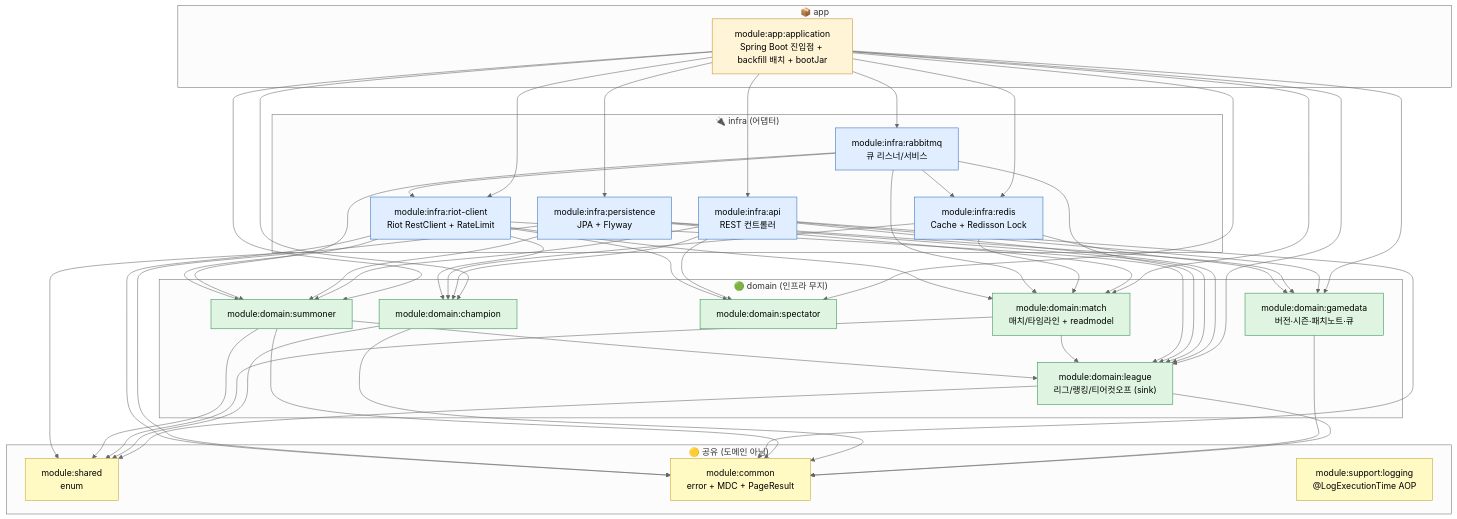
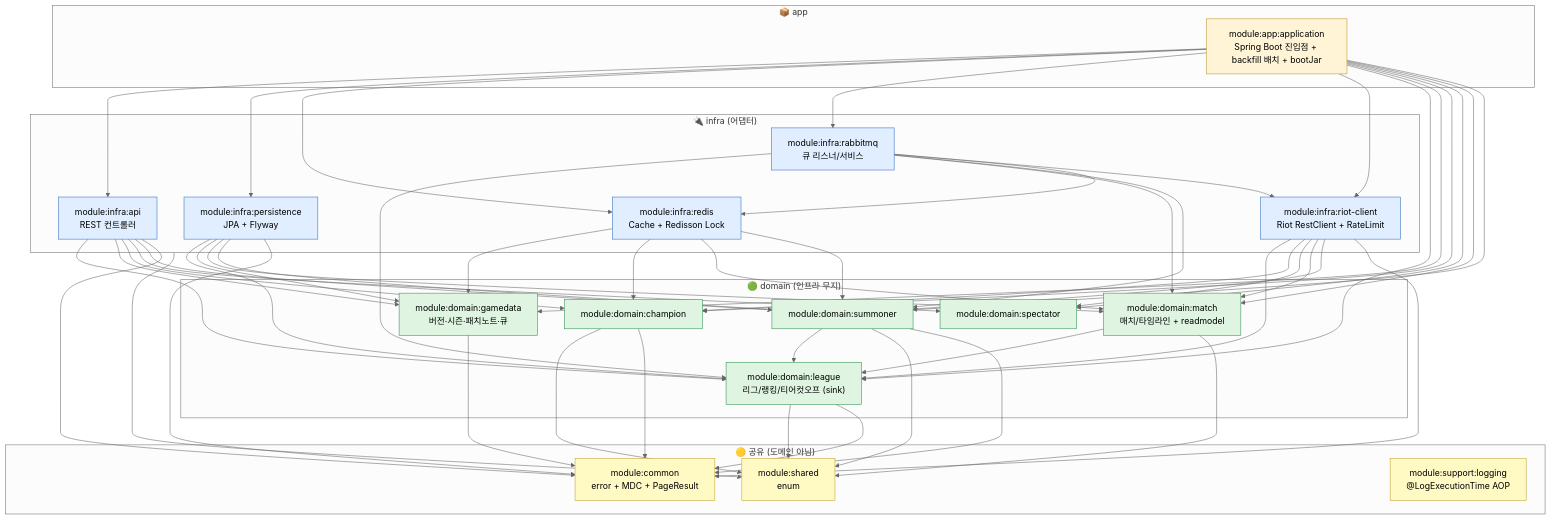
One commit to padosol/lol-repository changed the diagram in docs/ARCHITECTURE.md. Above: the diagram before and after it, drawn with Mermaid (neutral theme). The commit also changed 23 other files, not shown here.

````diff
--- a/docs/ARCHITECTURE.md
+++ b/docs/ARCHITECTURE.md
@@ -14,57 +14,57 @@
 ```mermaid
 flowchart TB
     subgraph app["📦 app"]
       application["module:app:application<br/>Spring Boot 진입점 + backfill 배치 + bootJar"]
     end
 
     subgraph domain["🟢 domain (인프라 무지)"]
       league["module:domain:league<br/>리그/랭킹/티어컷오프 (sink)"]
       gamedata["module:domain:gamedata<br/>버전·시즌·패치노트·큐"]
       champion["module:domain:champion"]
       spectator["module:domain:spectator"]
       match["module:domain:match<br/>매치/타임라인 + readmodel"]
       summoner["module:domain:summoner"]
     end
 
     subgraph shared["🟡 공유 (도메인 아님)"]
       sharedM["module:shared<br/>enum"]
       common["module:common<br/>error + MDC + PageResult"]
       logging["module:support:logging<br/>@LogExecutionTime AOP"]
     end
 
     subgraph infra["🔌 infra (어댑터)"]
       api["module:infra:api<br/>REST 컨트롤러"]
       pg["module:infra:persistence<br/>JPA + Flyway"]
       redis["module:infra:redis<br/>Cache + Redisson Lock"]
       rabbit["module:infra:rabbitmq<br/>큐 리스너/서비스"]
       riot["module:infra:riot-client<br/>Riot RestClient + RateLimit"]
     end
 
     application --> api & pg & redis & rabbit & riot
     application --> league & gamedata & champion & spectator & match & summoner
 
     api --> league & gamedata & champion & spectator & summoner
     pg --> league & gamedata & match & summoner
-    redis --> gamedata & champion & match
+    redis --> gamedata & champion & match & summoner
     rabbit --> league & match & summoner
     riot --> league & champion & spectator & match & summoner
 
     match --> league
     summoner --> league
 
     league & champion & match & summoner --> sharedM
     infra --> sharedM
     league & gamedata & champion & summoner --> common
     api & pg & riot --> common
 
     rabbit --> redis & riot
 
     classDef d fill:#dff5e1,stroke:#2d8f4f,color:#000
     classDef i fill:#e1eeff,stroke:#2d6cbf,color:#000
     classDef a fill:#fff4d6,stroke:#bf922d,color:#000
     classDef s fill:#fff9c4,stroke:#bfa52d,color:#000
     class league,gamedata,champion,spectator,match,summoner d
     class api,pg,redis,rabbit,riot i
     class application a
     class sharedM,common,logging s
 ```
````
